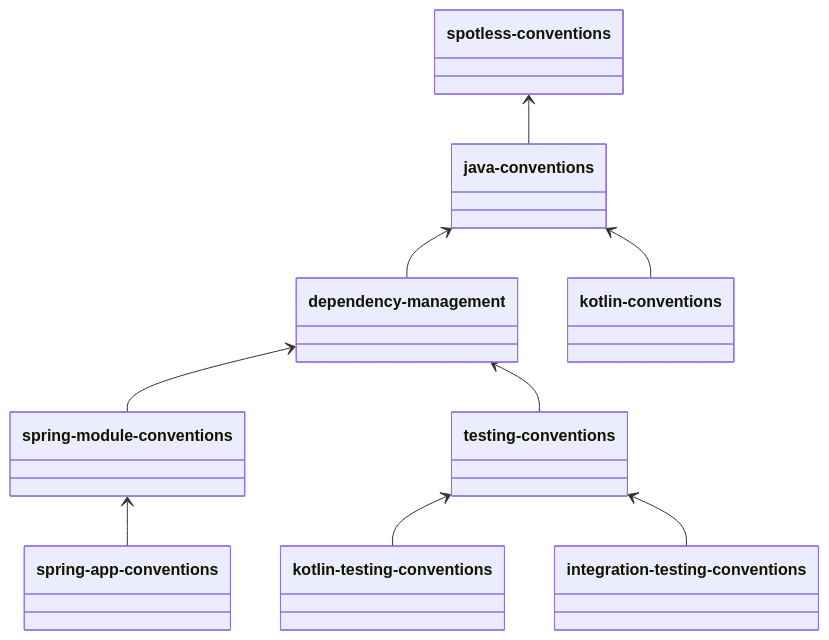
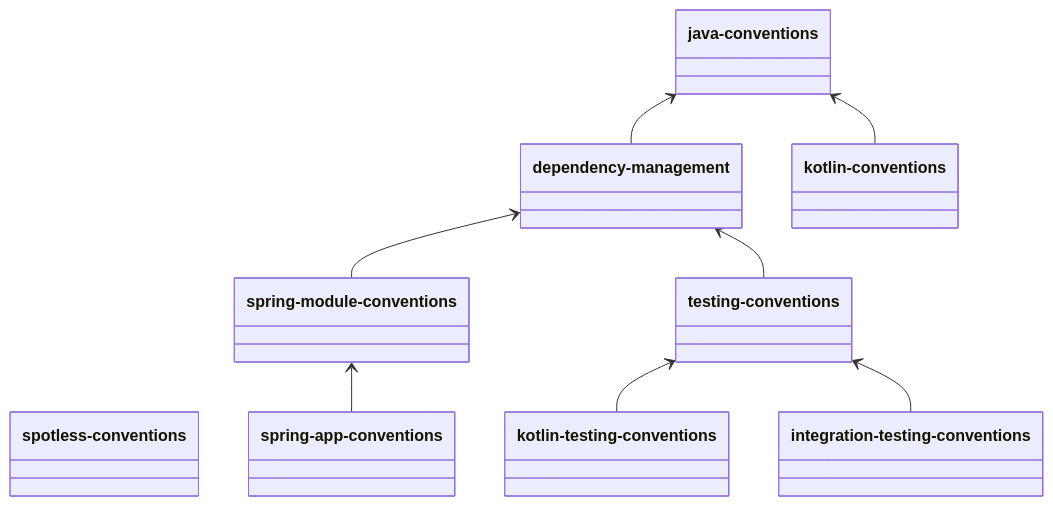
The diagram in buildSrc/README.md (BSStudio/bss-web-admin-backend), drawn with Mermaid before and after one commit. The commit also changed 12 other files, not shown here.

````diff
--- a/buildSrc/README.md
+++ b/buildSrc/README.md
@@ -6,23 +6,22 @@
 ```mermaid
 classDiagram
 direction BT
 
+class spotless-conventions
 class kotlin-conventions
 class java-conventions
 class dependency-management
 class integration-testing-conventions
-class spotless-conventions
 class spring-app-conventions
 class spring-module-conventions
 class testing-conventions
 class kotlin-testing-conventions
 
 kotlin-testing-conventions --> testing-conventions
 integration-testing-conventions --> testing-conventions
 spring-app-conventions --> spring-module-conventions
 spring-module-conventions --> dependency-management
 dependency-management --> java-conventions
 testing-conventions --> dependency-management
-java-conventions --> spotless-conventions
 kotlin-conventions --> java-conventions
 ```
````
